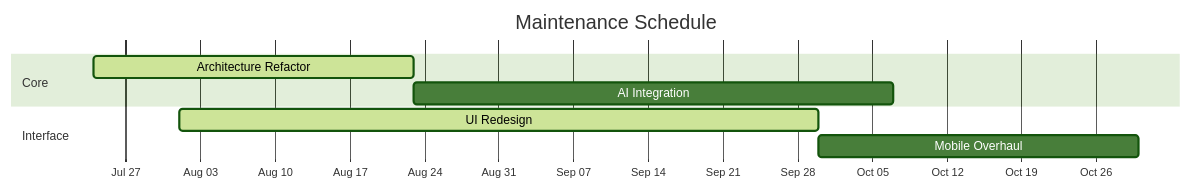
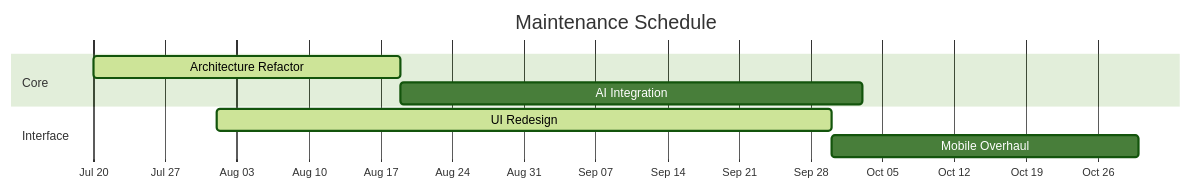
Before and after one commit to SilvaTechB/silva-md-bot: the diagram in README.md, drawn with Mermaid (forest theme).

Commit message:
BETA TEST

````diff
--- a/README.md
+++ b/README.md
@@ -14,14 +14,14 @@
 ```mermaid
 gantt
     title Maintenance Schedule
-    dateFormat  2025-07-20
+    dateFormat  YYYY-MM-DD
     axisFormat %b %d
     
     section Core
     Architecture Refactor     :active,  core, 2025-07-20, 30d
     AI Integration            :         ai, after core, 45d
     
     section Interface
     UI Redesign               :active,  ui, 2025-08-01, 60d
     Mobile Overhaul           :         mobile, after ui, 30d
 ```
````
